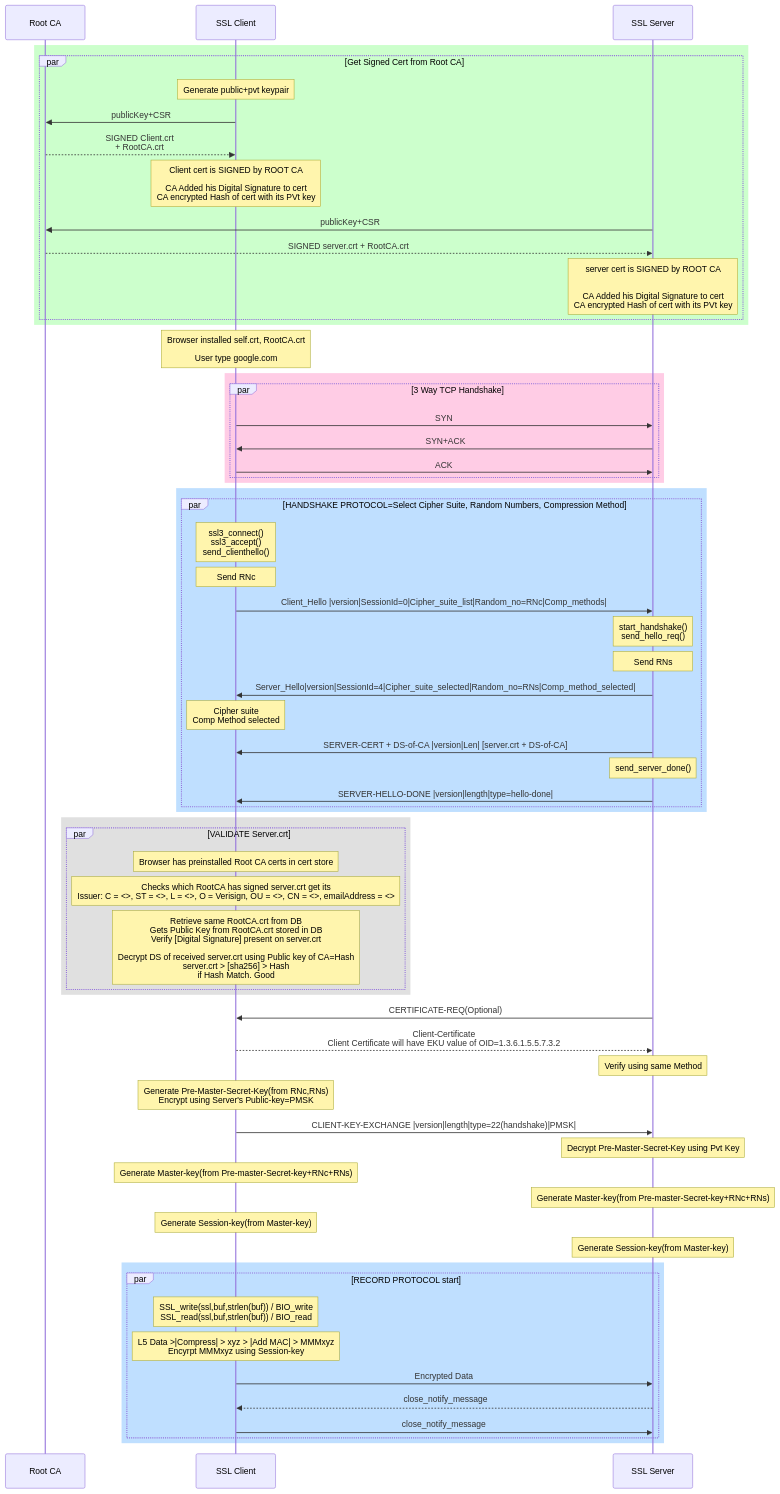
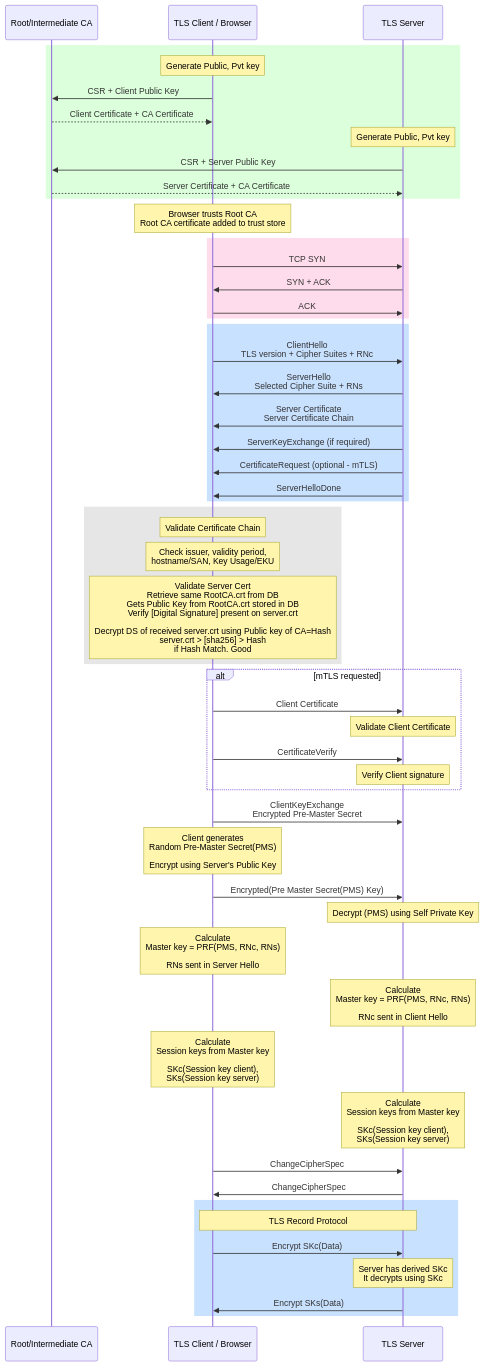
One commit to code-with-amitk/Code-examples changed the diagram in Networking/OSI-Layers/Layer-7/Protocols/Encryption_Authentication/README.adoc. Above: the diagram before and after it, drawn with Mermaid. The commit also changed other lines of this file, not shown here.

````diff
--- a/Networking/OSI-Layers/Layer-7/Protocols/Encryption_Authentication/README.adoc
+++ b/Networking/OSI-Layers/Layer-7/Protocols/Encryption_Authentication/README.adoc
@@ -12,73 +35,74 @@
 ```mermaid
 sequenceDiagram
-  participant r as Root CA
-  participant c as SSL Client
-  participant s as SSL Server
- 
- rect rgb(204,255, 204)
- par Get Signed Cert from Root CA
- note over c: Generate public+pvt keypair
- c ->> r: publicKey+CSR
- r -->>c: SIGNED Client.crt<br>+ RootCA.crt
- Note over c:Client cert is SIGNED by ROOT CA<br><br>CA Added his Digital Signature to cert<br>CA encrypted Hash of cert with its PVt key
- s ->> r: publicKey+CSR
- r -->>s: SIGNED server.crt + RootCA.crt
- Note over s:server cert is SIGNED by ROOT CA<br><br><br>CA Added his Digital Signature to cert<br>CA encrypted Hash of cert with its PVt key
- end
- end
+    participant CA as Root/Intermediate CA
+    participant C as TLS Client / Browser
+    participant S as TLS Server
 
- Note over c: Browser installed self.crt, RootCA.crt<br><br>User type google.com
+    rect rgb(220,255,220)
+        Note over C: Generate Public, Pvt key
+        C->>CA: CSR + Client Public Key
+        CA-->>C: Client Certificate + CA Certificate
 
- rect rgb(255, 204, 229)
- par 3 Way TCP Handshake
- c ->> s: SYN
- s ->>c: SYN+ACK
- c ->>s: ACK
- end
- end
+        Note over S: Generate Public, Pvt key
+        S->>CA: CSR + Server Public Key
+        CA-->>S: Server Certificate + CA Certificate
+    end
 
- rect rgb(191, 223, 255)
- par HANDSHAKE PROTOCOL=Select Cipher Suite, Random Numbers, Compression Method
- Note over c: ssl3_connect()<br>ssl3_accept()<br>send_clienthello()
- Note over c: Send RNc
- c ->> s:Client_Hello |version|SessionId=0|Cipher_suite_list|Random_no=RNc|Comp_methods|
- Note over s: start_handshake() <br> send_hello_req()
- Note over s: Send RNs
- s ->> c: Server_Hello|version|SessionId=4|Cipher_suite_selected|Random_no=RNs|Comp_method_selected|
- Note over c: Cipher suite <br> Comp Method selected
- s ->> c: SERVER-CERT + DS-of-CA |version|Len| [server.crt + DS-of-CA]
- Note over s: send_server_done()
- s ->> c: SERVER-HELLO-DONE |version|length|type=hello-done|
- end
- end
+    Note over C: Browser trusts Root CA<br/>Root CA certificate added to trust store
 
- rect rgb(224, 224, 224)
- par VALIDATE Server.crt
- Note over c: Browser has preinstalled Root CA certs in cert store
- Note over c: Checks which RootCA has signed server.crt get its <br> Issuer: C = <>, ST = <>, L = <>, O = Verisign, OU = <>, CN = <>, emailAddress = <>
- Note over c: Retrieve same RootCA.crt from DB<br>Gets Public Key from RootCA.crt stored in DB<br>Verify [Digital Signature] present on server.crt<br><br>Decrypt DS of received server.crt using Public key of CA=Hash<br>server.crt > [sha256] > Hash<br>if Hash Match. Good
- end
- end
- 
- s->> c:CERTIFICATE-REQ(Optional)
- c-->>s:Client-Certificate<br>Client Certificate will have EKU value of OID=1.3.6.1.5.5.7.3.2
- Note over s:Verify using same Method
+    rect rgb(255,220,235)
+        C->>S: TCP SYN
+        S->>C: SYN + ACK
+        C->>S: ACK
+    end
 
- Note over c:Generate Pre-Master-Secret-Key(from RNc,RNs)<br>Encrypt using Server's Public-key=PMSK
- c->>s:CLIENT-KEY-EXCHANGE |version|length|type=22(handshake)|PMSK|
- Note over s:Decrypt Pre-Master-Secret-Key using Pvt Key
- Note over c:Generate Master-key(from Pre-master-Secret-key+RNc+RNs)
- Note over s:Generate Master-key(from Pre-master-Secret-key+RNc+RNs)
- Note over c:Generate Session-key(from Master-key)
- Note over s:Generate Session-key(from Master-key)
+    rect rgb(200,225,255)
+        C->>S: ClientHello<br/>TLS version + Cipher Suites + RNc
+        S->>C: ServerHello<br/>Selected Cipher Suite + RNs
 
-rect rgb(191, 223, 255)
-par RECORD PROTOCOL start
-Note over c:SSL_write(ssl,buf,strlen(buf)) / BIO_write<br>SSL_read(ssl,buf,strlen(buf)) / BIO_read
-Note over c: L5 Data >|Compress| > xyz > |Add MAC| > MMMxyz<br> Encyrpt MMMxyz using Session-key
-c->>s: Encrypted Data
-s-->>c:close_notify_message
-c->>s:close_notify_message
-end
-end
+        S->>C: Server Certificate<br/>Server Certificate Chain
+        S->>C: ServerKeyExchange (if required)
+        S->>C: CertificateRequest (optional - mTLS)
+        S->>C: ServerHelloDone
+    end
+
+    rect rgb(230,230,230)
+        Note over C: Validate Certificate Chain
+        Note over C: Check issuer, validity period,<br/>hostname/SAN, Key Usage/EKU
+
+        Note over C: Validate Server Cert<br>Retrieve same RootCA.crt from DB<br>Gets Public Key from RootCA.crt stored in DB<br>Verify [Digital Signature] present on server.crt<br><br>Decrypt DS of received server.crt using Public key of CA=Hash<br>server.crt > [sha256] > Hash<br>if Hash Match. Good
+
+    end
+
+    alt mTLS requested
+        C->>S: Client Certificate
+        Note over S: Validate Client Certificate
+        C->>S: CertificateVerify
+        Note over S: Verify Client signature
+    end
+
+    C->>S: ClientKeyExchange<br/>Encrypted Pre-Master Secret
+
+    Note over C: Client generates <br>Random Pre-Master Secret(PMS)<br><br>Encrypt using Server's Public Key
+
+    C->>S: Encrypted(Pre Master Secret(PMS) Key)
+    Note over S: Decrypt (PMS) using Self Private Key
+
+    Note over C: Calculate<br>Master key = PRF(PMS, RNc, RNs)<br><br>RNs sent in Server Hello
+    Note over S: Calculate<br>Master key = PRF(PMS, RNc, RNs)<br><br>RNc sent in Client Hello
+
+    Note over C: Calculate<br>Session keys from Master key<br><br>SKc(Session key client),<br>SKs(Session key server)
+    Note over S: Calculate<br>Session keys from Master key<br><br>SKc(Session key client),<br>SKs(Session key server)
+
+    C->>S: ChangeCipherSpec
+    S->>C: ChangeCipherSpec
+
+    rect rgb(200,225,255)
+        Note over C,S: TLS Record Protocol
+
+        C->>S: Encrypt SKc(Data)
+        Note over S: Server has derived SKc<br>It decrypts using SKc
+        S->>C: Encrypt SKs(Data)
+
+    end
 ```
````
